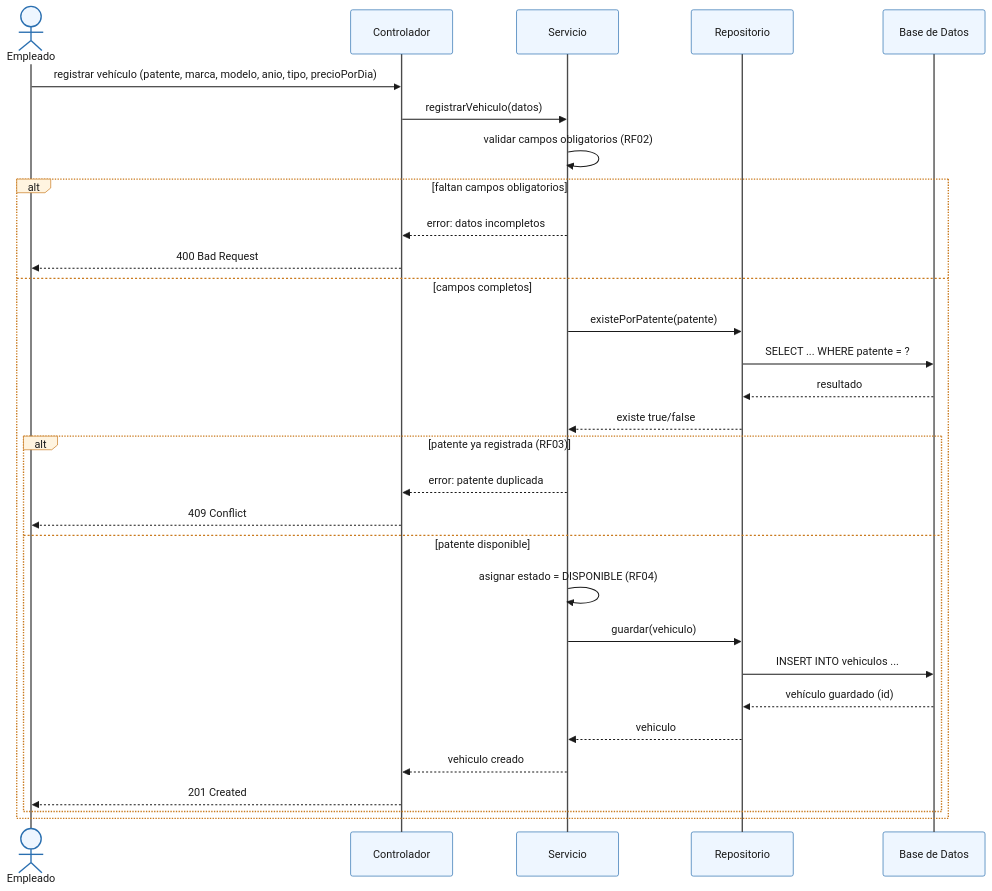
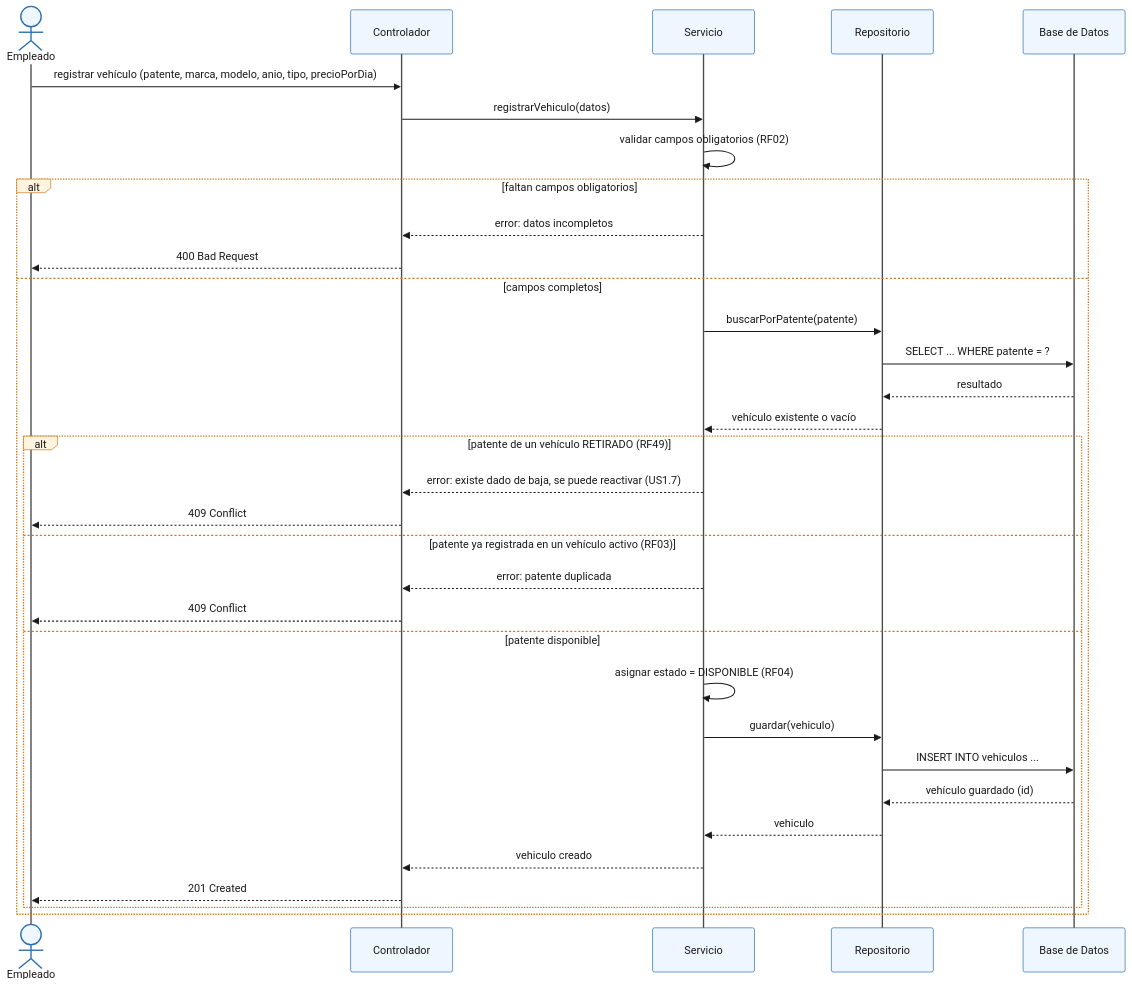
One commit to chaarlyez/Sistema_de_alquiler_de_veh-culos changed the diagram in docs/03-uml/fuentes/parte1-secuencia-registrar-vehiculo.mmd. Above: the diagram before and after it, drawn with Mermaid. The commit also changed 8 other files, not shown here.

First line of the commit message:
docs(uml): modelar baja logica de vehiculos y clientes (parte 1)

```diff
--- a/docs/03-uml/fuentes/parte1-secuencia-registrar-vehiculo.mmd
+++ b/docs/03-uml/fuentes/parte1-secuencia-registrar-vehiculo.mmd
@@ -1,50 +1,53 @@
 %%{init: {'theme': 'base', 'themeVariables': {
   'background': '#ffffff',
   'actorBkg': '#eef6ff',
   'actorBorder': '#2a6fb0',
   'actorTextColor': '#1a1a1a',
   'actorLineColor': '#4a4a4a',
   'signalColor': '#1a1a1a',
   'signalTextColor': '#1a1a1a',
   'labelBoxBkgColor': '#fff4e0',
   'labelBoxBorderColor': '#c97a1e',
   'labelTextColor': '#1a1a1a',
   'loopTextColor': '#1a1a1a',
   'noteBkgColor': '#fff9c4',
   'noteBorderColor': '#c9a400',
   'noteTextColor': '#1a1a1a',
   'activationBorderColor': '#2a6fb0',
   'activationBkgColor': '#eafaf0',
   'sequenceNumberColor': '#1a1a1a'
 }}}%%
 sequenceDiagram
     actor Empleado
     participant Controlador
     participant Servicio
     participant Repositorio
     participant BaseDeDatos as Base de Datos
 
     Empleado->>Controlador: registrar vehículo (patente, marca, modelo, anio, tipo, precioPorDia)
     Controlador->>Servicio: registrarVehiculo(datos)
     Servicio->>Servicio: validar campos obligatorios (RF02)
     alt faltan campos obligatorios
         Servicio-->>Controlador: error: datos incompletos
         Controlador-->>Empleado: 400 Bad Request
     else campos completos
-        Servicio->>Repositorio: existePorPatente(patente)
+        Servicio->>Repositorio: buscarPorPatente(patente)
         Repositorio->>BaseDeDatos: SELECT ... WHERE patente = ?
         BaseDeDatos-->>Repositorio: resultado
-        Repositorio-->>Servicio: existe true/false
-        alt patente ya registrada (RF03)
+        Repositorio-->>Servicio: vehículo existente o vacío
+        alt patente de un vehículo RETIRADO (RF49)
+            Servicio-->>Controlador: error: existe dado de baja, se puede reactivar (US1.7)
+            Controlador-->>Empleado: 409 Conflict
+        else patente ya registrada en un vehículo activo (RF03)
             Servicio-->>Controlador: error: patente duplicada
             Controlador-->>Empleado: 409 Conflict
         else patente disponible
             Servicio->>Servicio: asignar estado = DISPONIBLE (RF04)
             Servicio->>Repositorio: guardar(vehiculo)
             Repositorio->>BaseDeDatos: INSERT INTO vehiculos ...
             BaseDeDatos-->>Repositorio: vehículo guardado (id)
             Repositorio-->>Servicio: vehiculo
             Servicio-->>Controlador: vehiculo creado
             Controlador-->>Empleado: 201 Created
         end
     end
```
